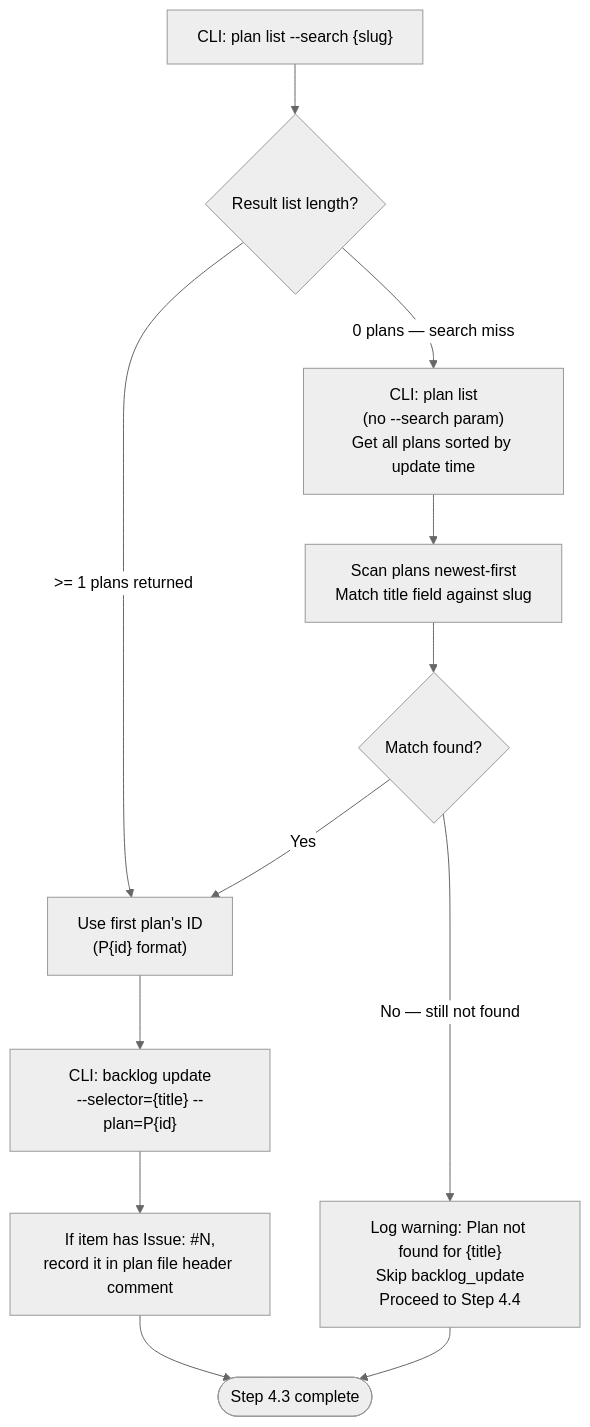
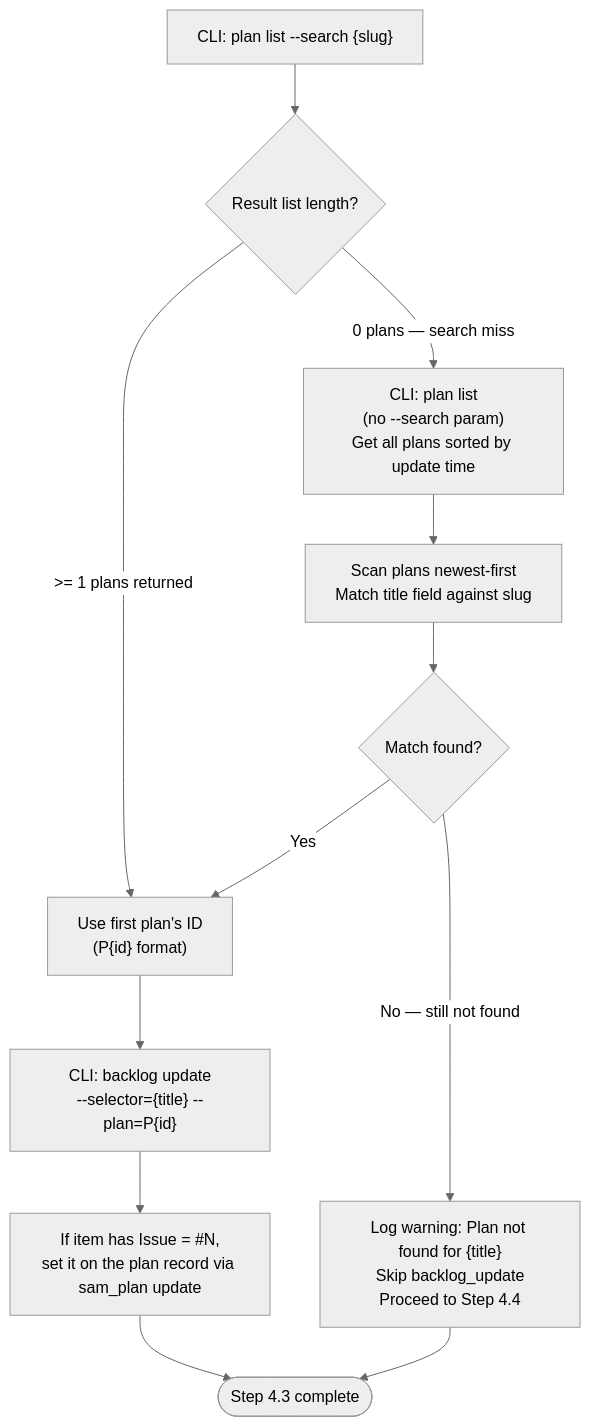
One commit to Jamie-BitFlight/claude_skills changed the first of 3 diagrams in plugins/development-harness/skills/work-backlog-item/references/workflows/work/plan.md. Above: the diagram before and after it, drawn with Mermaid (neutral theme). The commit also changed other lines of this file and 29 other files, not shown here.

````diff
--- a/plugins/development-harness/skills/work-backlog-item/references/workflows/work/plan.md
+++ b/plugins/development-harness/skills/work-backlog-item/references/workflows/work/plan.md
@@ -47,14 +47,14 @@
 ```mermaid
 flowchart TD
     Search["CLI: plan list --search {slug}"] --> Q{Result list length?}
     Q -->|">= 1 plans returned"| Found["Use first plan's ID<br>(P{id} format)"]
     Q -->|"0 plans — search miss"| Retry["CLI: plan list<br>(no --search param)<br>Get all plans sorted by update time"]
     Retry --> Scan["Scan plans newest-first<br>Match title field against slug"]
     Scan --> Q2{Match found?}
     Q2 -->|"Yes"| Found
     Q2 -->|"No — still not found"| Warn["Log warning: Plan not found for {title}<br>Skip backlog_update<br>Proceed to Step 4.4"]
     Found --> Update["CLI: backlog update<br>--selector={title} --plan=P{id}"]
-    Update --> RecordIssue["If item has Issue: #N,<br>record it in plan file header comment"]
+    Update --> RecordIssue["If item has Issue = #N,<br>set it on the plan record via sam_plan update"]
     RecordIssue --> Done([Step 4.3 complete])
     Warn --> Done
 ```
````
